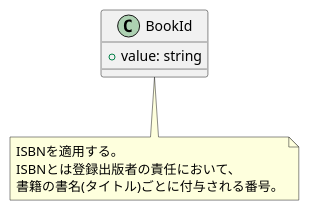
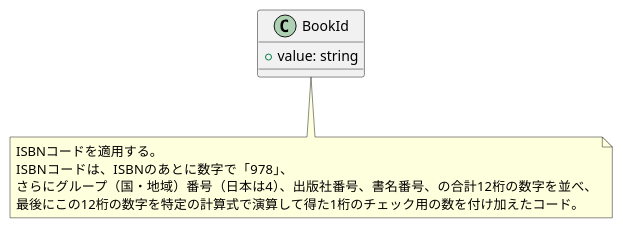
One commit to seiha-tsuge/ts-ddd changed the diagram in src/stock-management/domain/models/book/book-id/book-id.plantuml. Above: the diagram before and after it, drawn with PlantUML. The commit also changed 15 other files, not shown here.

```diff
--- a/src/stock-management/domain/models/book/book-id/book-id.plantuml
+++ b/src/stock-management/domain/models/book/book-id/book-id.plantuml
@@ -1,13 +1,14 @@
 @startuml BookId
 
 class "BookId" as BookId {
     + value: string
 }
 
 note bottom of BookId
-    ISBNを適用する。
-    ISBNとは登録出版者の責任において、
-    書籍の書名(タイトル)ごとに付与される番号。
+    ISBNコードを適用する。
+    ISBNコードは、ISBNのあとに数字で「978」、
+    さらにグループ（国・地域）番号（日本は4）、出版社番号、書名番号、の合計12桁の数字を並べ、
+    最後にこの12桁の数字を特定の計算式で演算して得た1桁のチェック用の数を付け加えたコード。
 end note
 
 @enduml
```
